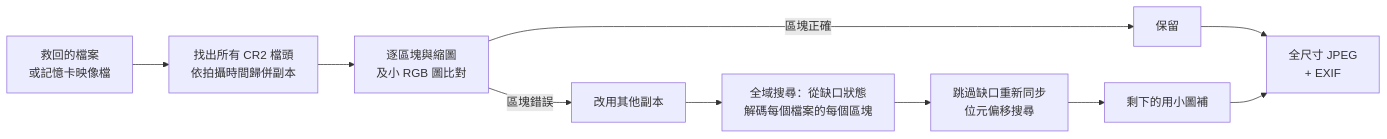
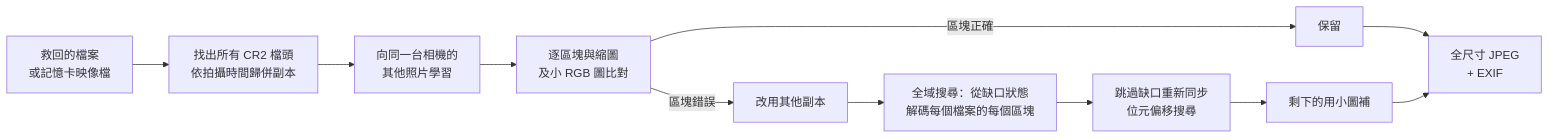
The diagram in README.zh-TW.md (yin1218/cr2-rescue), drawn with Mermaid before and after one commit. The commit also changed other lines of this file and 9 other files, not shown here.

````diff
--- a/README.zh-TW.md
+++ b/README.zh-TW.md
@@ -87,11 +102,12 @@
 ```mermaid
 flowchart LR
   A[救回的檔案<br/>或記憶卡映像檔] --> B[找出所有 CR2 檔頭<br/>依拍攝時間歸併副本]
-  B --> C[逐區塊與縮圖<br/>及小 RGB 圖比對]
+  B --> L[向同一台相機的<br/>其他照片學習]
+  L --> C[逐區塊與縮圖<br/>及小 RGB 圖比對]
   C -->|區塊正確| D[保留]
   C -->|區塊錯誤| E[改用其他副本]
   E --> F[全域搜尋：從缺口狀態<br/>解碼每個檔案的每個區塊]
   F --> G[跳過缺口重新同步<br/>位元偏移搜尋]
   G --> H[剩下的用小圖補]
   D & H --> I[全尺寸 JPEG<br/>+ EXIF]
 ```
````
